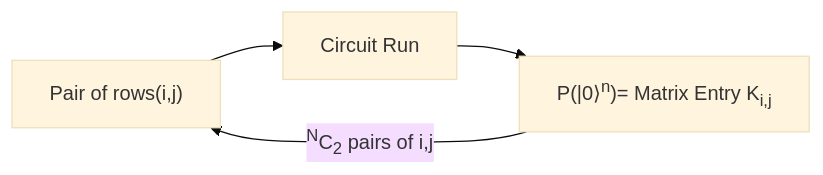
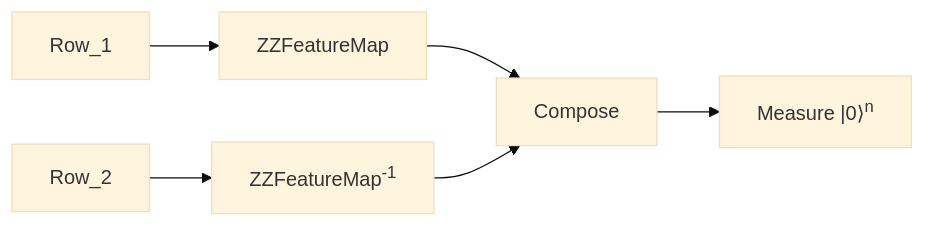
Before and after one commit to plutoniumm/cquicc: the second of 2 diagrams in public/reports/week3-lti.md, drawn with Mermaid (base theme). The commit also changed other lines of this file and 7 other files, not shown here.

````diff
--- a/public/reports/week3-lti.md
+++ b/public/reports/week3-lti.md
@@ -90,6 +82,7 @@
 ```mermaid
 graph LR
-  A["Pair of rows(i,j)"] --> B[Circuit Run]
-  B --> C["P(|0&rangle;<sup>n</sup>)= Matrix Entry K<sub>i,j</sub>"]
-  C -- "<sup>N</sup>C<sub>2</sub> pairs of i,j" --> A
+  R1["Row_1"] --> C["ZZFeatureMap"]
+  R2["Row_2"] --> C2["ZZFeatureMap<sup>-1</sup>"]
+
+  C & C2 --> Compose --> M["Measure |0&rangle;<sup>n</sup>"]
 ```
````
